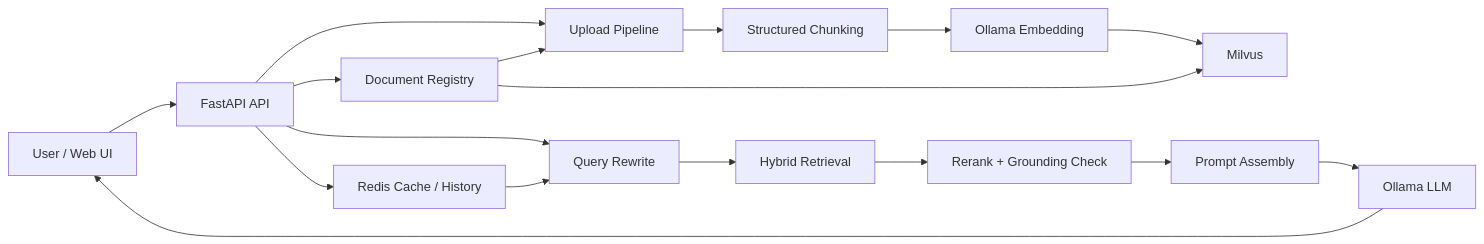
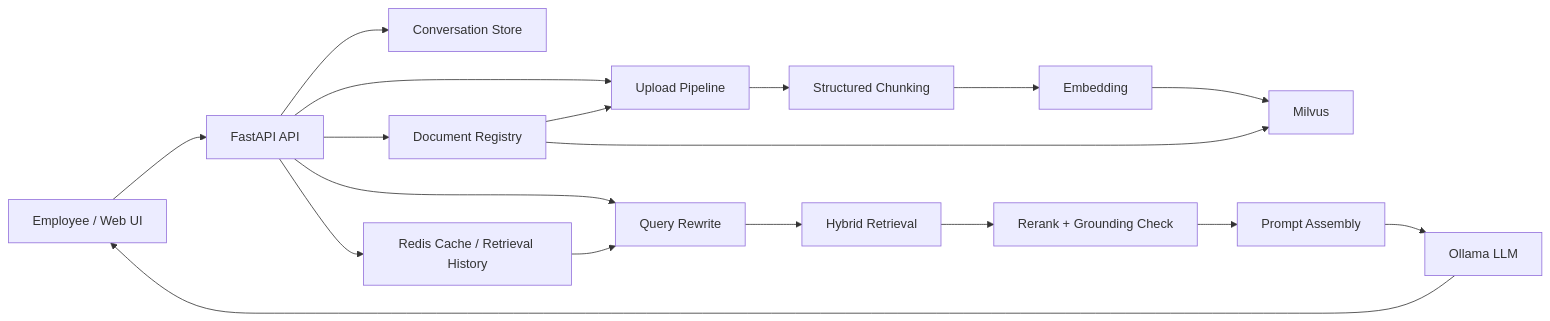
The diagram in README.md (Koala-la-la/AI-RAG-System), drawn with Mermaid before and after one commit. The commit also changed other lines of this file and 31 other files, not shown here.

````diff
--- a/README.md
+++ b/README.md
@@ -30,22 +49,23 @@
 ```mermaid
 flowchart LR
-    A["User / Web UI"] --> B["FastAPI API"]
+    A["Employee / Web UI"] --> B["FastAPI API"]
     B --> C["Upload Pipeline"]
     C --> D["Structured Chunking"]
-    D --> E["Ollama Embedding"]
+    D --> E["Embedding"]
     E --> F["Milvus"]
 
-    B --> G["Query Rewrite"]
-    G --> H["Hybrid Retrieval"]
-    H --> I["Rerank + Grounding Check"]
-    I --> J["Prompt Assembly"]
-    J --> K["Ollama LLM"]
-    K --> A
+    B --> G["Conversation Store"]
+    B --> H["Query Rewrite"]
+    H --> I["Hybrid Retrieval"]
+    I --> J["Rerank + Grounding Check"]
+    J --> K["Prompt Assembly"]
+    K --> L["Ollama LLM"]
+    L --> A
 
-    B --> L["Redis Cache / History"]
-    L --> G
+    B --> M["Redis Cache / Retrieval History"]
+    M --> H
 
-    B --> M["Document Registry"]
-    M --> C
-    M --> F
+    B --> N["Document Registry"]
+    N --> C
+    N --> F
 ```
````
